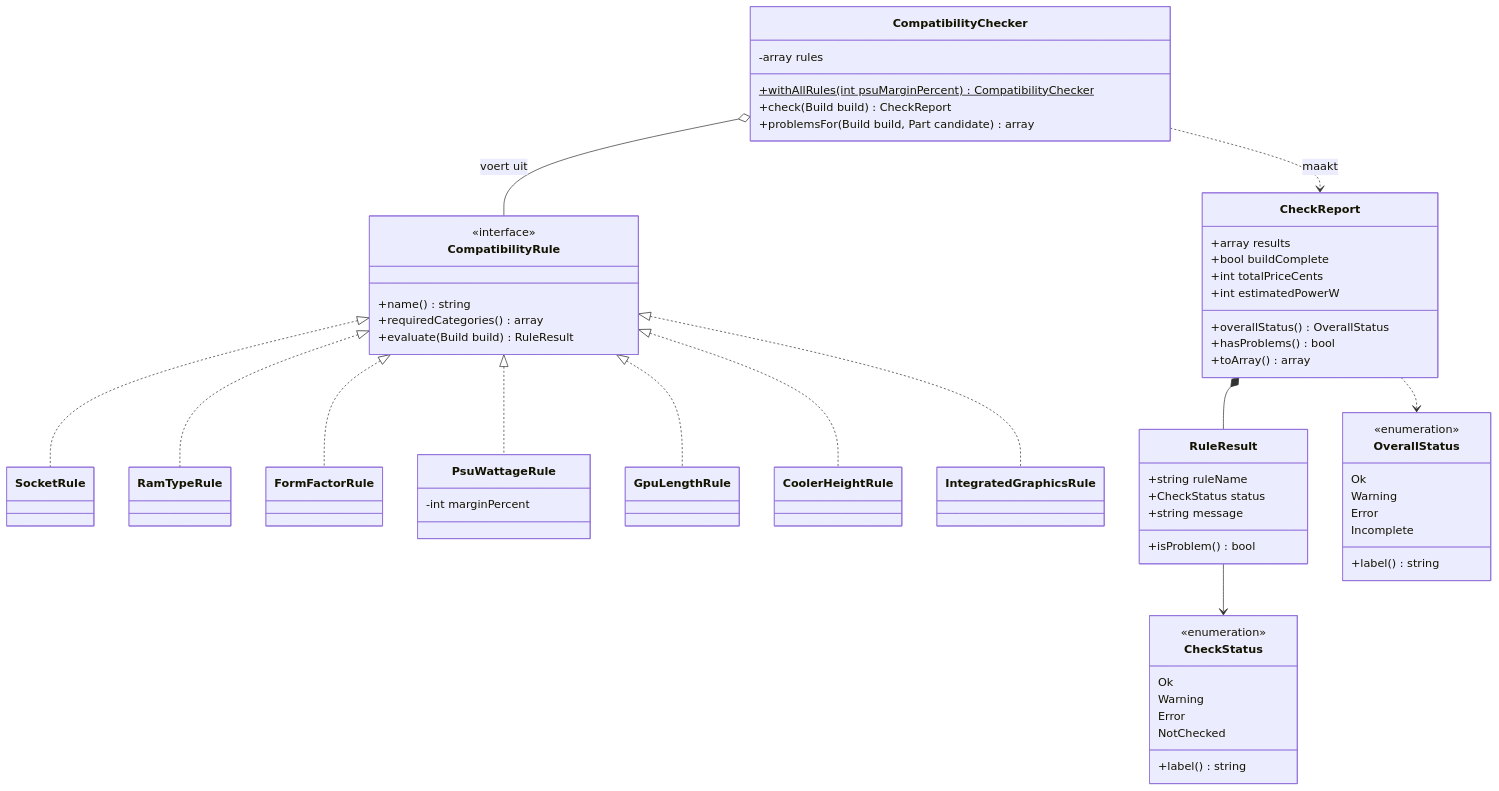
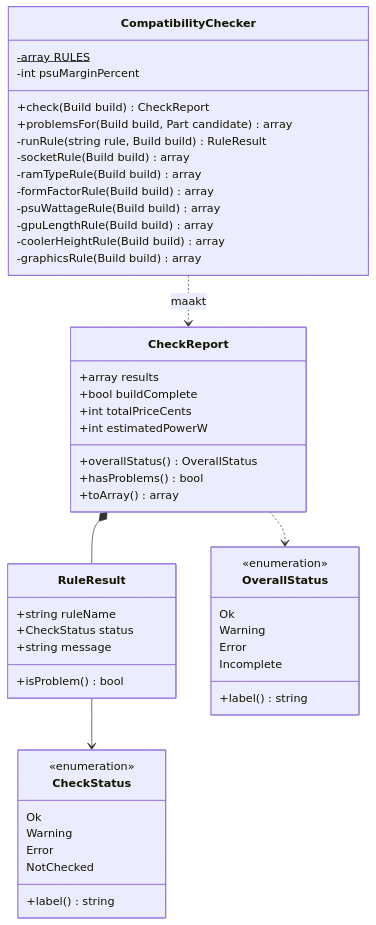
One commit to Niels023/pc-bouwplanner changed the fifth of 9 diagrams in docs/ontwerp.md. Above: the diagram before and after it, drawn with Mermaid. The commit also changed other lines of this file and 3 other files, not shown here.

````diff
--- a/docs/ontwerp.md
+++ b/docs/ontwerp.md
@@ -352,68 +351,53 @@
 ```mermaid
 classDiagram
-    class CompatibilityRule {
-        <<interface>>
-        +name() string
-        +requiredCategories() array
-        +evaluate(Build build) RuleResult
-    }
-    class SocketRule
-    class RamTypeRule
-    class FormFactorRule
-    class PsuWattageRule {
-        -int marginPercent
-    }
-    class GpuLengthRule
-    class CoolerHeightRule
-    class IntegratedGraphicsRule
     class CompatibilityChecker {
-        -array rules
-        +withAllRules(int psuMarginPercent) CompatibilityChecker$
+        -array RULES$
+        -int psuMarginPercent
         +check(Build build) CheckReport
         +problemsFor(Build build, Part candidate) array
+        -runRule(string rule, Build build) RuleResult
+        -socketRule(Build build) array
+        -ramTypeRule(Build build) array
+        -formFactorRule(Build build) array
+        -psuWattageRule(Build build) array
+        -gpuLengthRule(Build build) array
+        -coolerHeightRule(Build build) array
+        -graphicsRule(Build build) array
     }
     class CheckReport {
         +array results
         +bool buildComplete
         +int totalPriceCents
         +int estimatedPowerW
         +overallStatus() OverallStatus
         +hasProblems() bool
         +toArray() array
     }
     class RuleResult {
         +string ruleName
         +CheckStatus status
         +string message
         +isProblem() bool
     }
     class CheckStatus {
         <<enumeration>>
         Ok
         Warning
         Error
         NotChecked
         +label() string
     }
     class OverallStatus {
         <<enumeration>>
         Ok
         Warning
         Error
         Incomplete
         +label() string
     }
 
-    CompatibilityRule <|.. SocketRule
-    CompatibilityRule <|.. RamTypeRule
-    CompatibilityRule <|.. FormFactorRule
-    CompatibilityRule <|.. PsuWattageRule
-    CompatibilityRule <|.. GpuLengthRule
-    CompatibilityRule <|.. CoolerHeightRule
-    CompatibilityRule <|.. IntegratedGraphicsRule
-    CompatibilityChecker o-- CompatibilityRule : voert uit
     CompatibilityChecker ..> CheckReport : maakt
     CheckReport *-- RuleResult
     RuleResult --> CheckStatus
     CheckReport ..> OverallStatus
 ```
````
